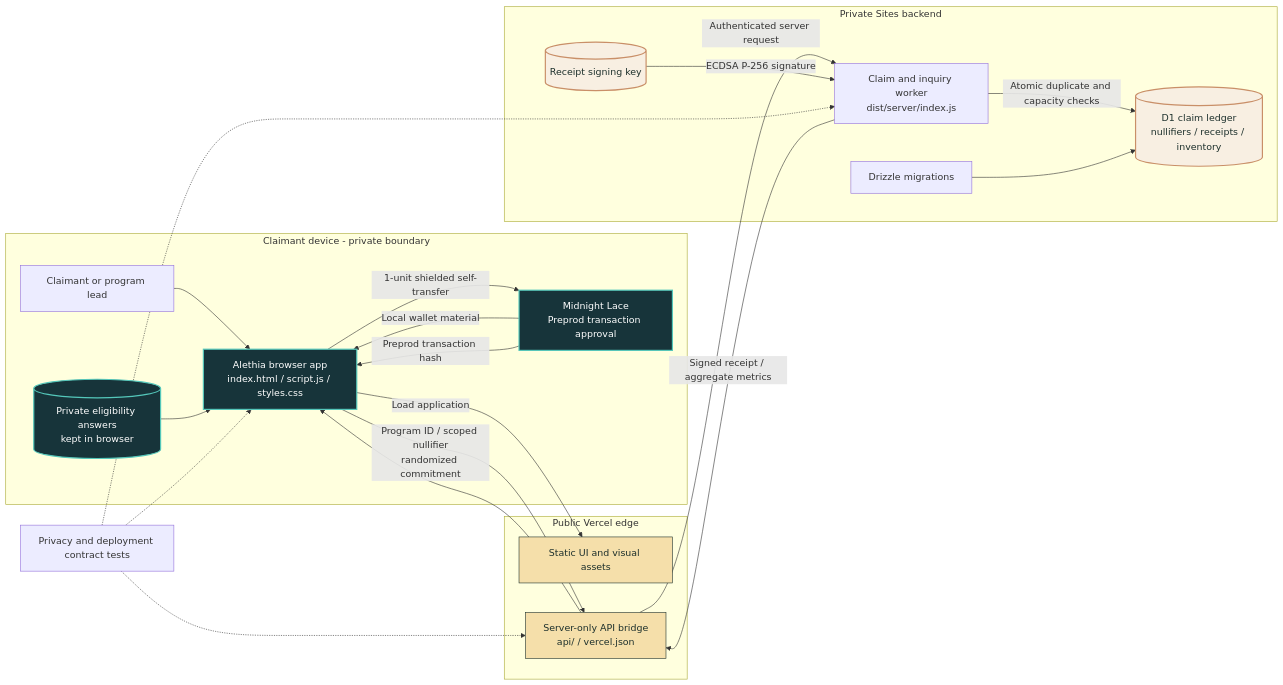
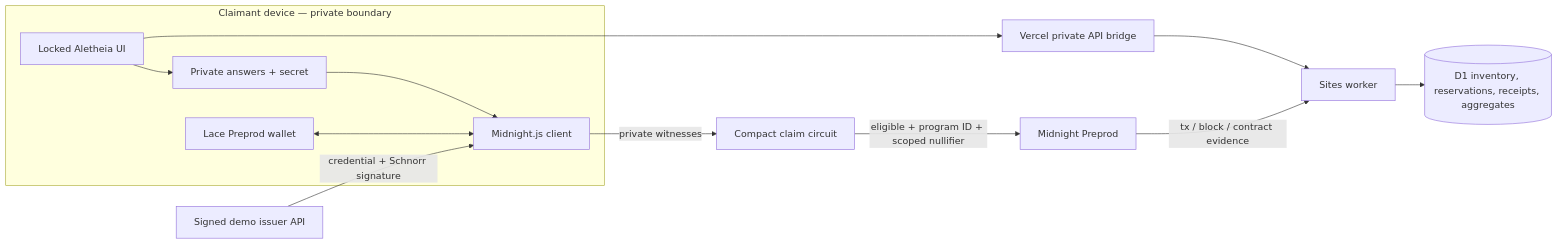
The diagram in README.md (0xNexuz/aletheia), drawn with Mermaid before and after one commit. The commit also changed other lines of this file and 34 other files, not shown here.

First line of the commit message:
Midnight-native Compact claims (#4)

````diff
--- a/README.md
+++ b/README.md
@@ -68,47 +39,14 @@
 ```mermaid
 flowchart LR
-    subgraph Device["Claimant device - private boundary"]
-        Person["Claimant or program lead"]
-        Browser["Alethia browser app<br/>index.html / script.js / styles.css"]
-        Inputs[("Private eligibility answers<br/>kept in browser")]
-        Wallet["Midnight Lace<br/>Preprod transaction approval"]
-
-        Person --> Browser
-        Inputs --> Browser
-        Wallet -->|"Local wallet material"| Browser
-    end
-
-    subgraph Public["Public Vercel edge"]
-        UI["Static UI and visual assets"]
-        Bridge["Server-only API bridge<br/>api/ / vercel.json"]
-    end
-
-    subgraph Private["Private Sites backend"]
-        Worker["Claim and inquiry worker<br/>dist/server/index.js"]
-        Ledger[("D1 claim ledger<br/>nullifiers / receipts / inventory")]
-        Keys[("Receipt signing key")]
-        Migrations["Drizzle migrations"]
-    end
-
-    Browser -->|"Load application"| UI
-    Browser -->|"Program ID / scoped nullifier<br/>randomized commitment"| Bridge
-    Bridge -->|"Authenticated server request"| Worker
-    Worker -->|"Atomic duplicate and capacity checks"| Ledger
-    Keys -->|"ECDSA P-256 signature"| Worker
-    Migrations --> Ledger
-    Worker -->|"Signed receipt / aggregate metrics"| Bridge
-    Bridge --> Browser
-    Browser -->|"1-unit shielded self-transfer"| Wallet
-    Wallet -->|"Preprod transaction hash"| Browser
-
-    Tests["Privacy and deployment contract tests"] -.-> Browser
-    Tests -.-> Bridge
-    Tests -.-> Worker
-
-    classDef private fill:#17343a,color:#fff,stroke:#54c7ba,stroke-width:2px;
-    classDef public fill:#f5dfaa,color:#1d302c,stroke:#1d302c,stroke-width:1px;
-    classDef data fill:#f8efe2,color:#1d302c,stroke:#c98f68,stroke-width:2px;
-    class Browser,Inputs,Wallet private;
-    class UI,Bridge public;
-    class Ledger,Keys data;
+  subgraph Device["Claimant device — private boundary"]
+    UI["Locked Aletheia UI"] --> PS["Private answers + secret"]
+    PS --> MC["Midnight.js client"]
+    Lace["Lace Preprod wallet"] <--> MC
+  end
+  Issuer["Signed demo issuer API"] -->|"credential + Schnorr signature"| MC
+  MC -->|"private witnesses"| Compact["Compact claim circuit"]
+  Compact -->|"eligible + program ID + scoped nullifier"| Chain["Midnight Preprod"]
+  UI --> Bridge["Vercel private API bridge"] --> Worker["Sites worker"]
+  Worker --> DB[("D1 inventory, reservations, receipts, aggregates")]
+  Chain -->|"tx / block / contract evidence"| Worker
 ```
````
